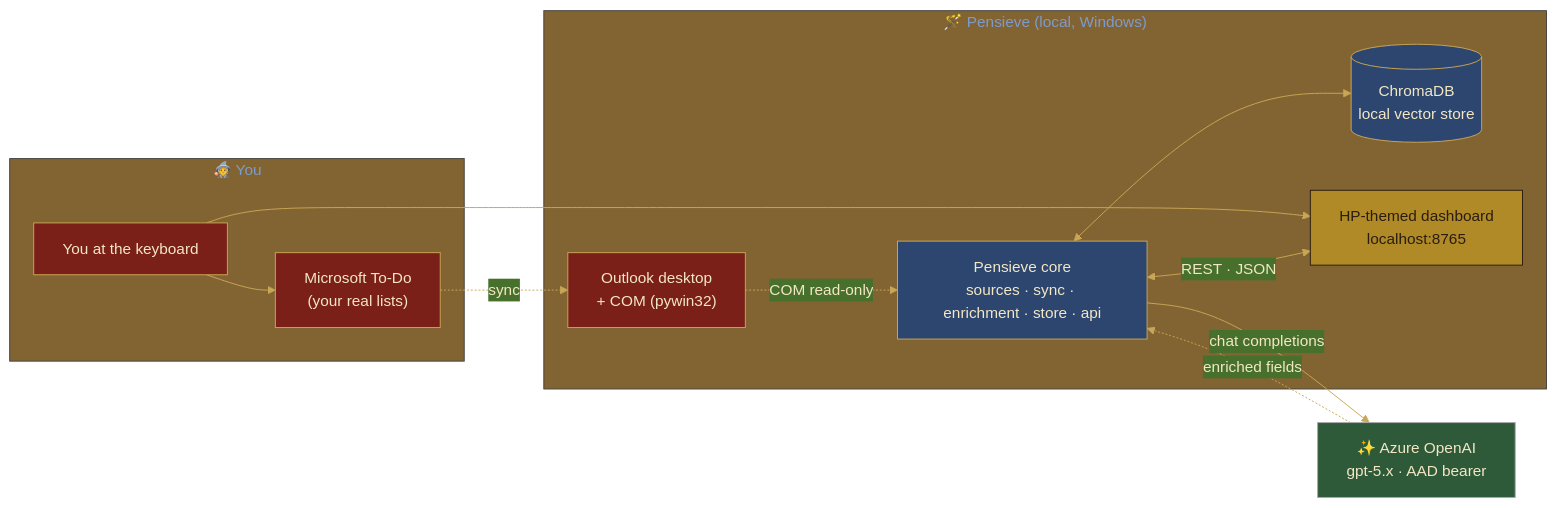
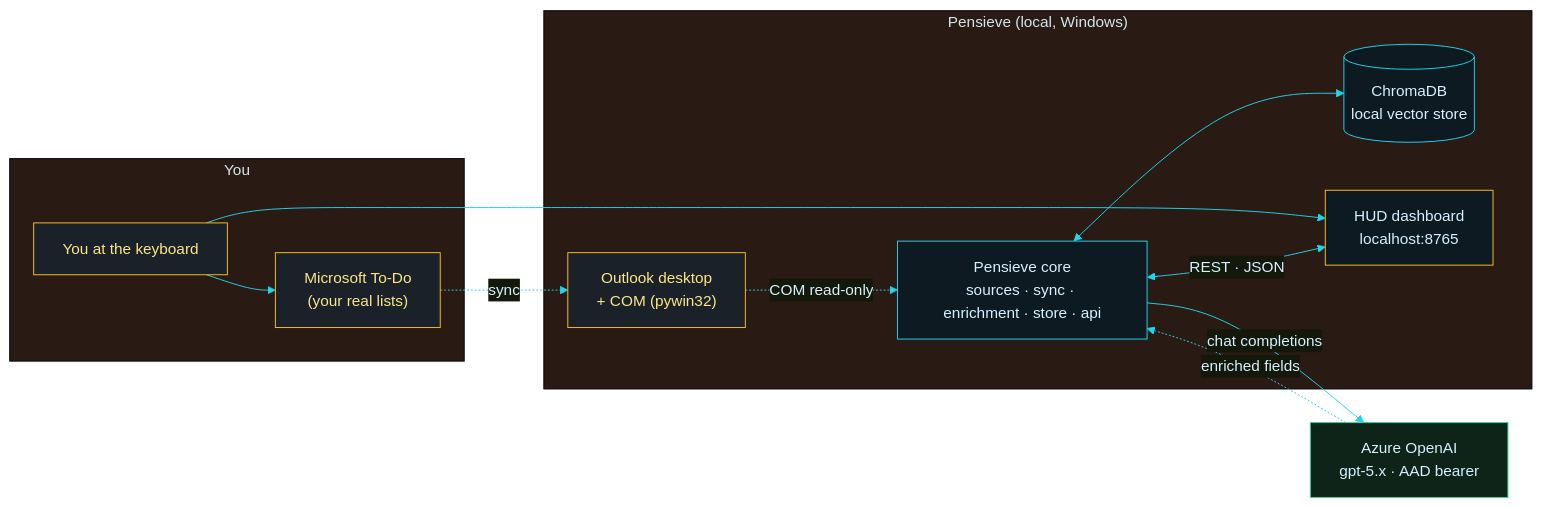
Before and after one commit to andy-herman/pensieve: the first of 3 diagrams in README.md, drawn with Mermaid. The commit also changed other lines of this file and 4 other files, not shown here.

````diff
--- a/README.md
+++ b/README.md
@@ -209,33 +209,33 @@
 ```mermaid
-%%{init: {'theme':'base','themeVariables':{'primaryColor':'#2c4670','primaryTextColor':'#f3e7c4','primaryBorderColor':'#c9a655','lineColor':'#c9a655','fontFamily':'Cinzel, Georgia, serif'}}}%%
+%%{init: {'theme':'base','themeVariables':{'primaryColor':'#0b1418','primaryTextColor':'#d6f1ff','primaryBorderColor':'#22d3ee','lineColor':'#22d3ee','fontFamily':'Rajdhani, Share Tech Mono, monospace'}}}%%
 flowchart LR
-    subgraph YOU["🧙 You"]
+    subgraph YOU["You"]
         ANDY["You at the keyboard"]
         TODO["Microsoft To-Do<br/>(your real lists)"]
     end
-    subgraph PENS["🪄 Pensieve (local, Windows)"]
+    subgraph PENS["Pensieve (local, Windows)"]
         OUTLOOK["Outlook desktop<br/>+ COM (pywin32)"]
         CORE["Pensieve core<br/>sources · sync · enrichment · store · api"]
         CHROMA[("ChromaDB<br/>local vector store")]
-        DASH["HP-themed dashboard<br/>localhost:8765"]
+        DASH["HUD dashboard<br/>localhost:8765"]
     end
-    AOAI["✨ Azure OpenAI<br/>gpt-5.x · AAD bearer"]
+    AOAI["Azure OpenAI<br/>gpt-5.x · AAD bearer"]
 
     ANDY --> TODO
     ANDY --> DASH
     TODO -.->|"sync"| OUTLOOK
     OUTLOOK -.->|"COM read-only"| CORE
     CORE <--> CHROMA
     CORE <-->|"REST · JSON"| DASH
     CORE -->|"chat completions"| AOAI
     AOAI -.->|"enriched fields"| CORE
 
-    classDef gryffindor fill:#7a2018,stroke:#c9a655,color:#f3e7c4
-    classDef hufflepuff fill:#b08a26,stroke:#2a1d10,color:#2a1d10
-    classDef slytherin  fill:#2e5a3a,stroke:#a8a8a8,color:#f3e7c4
-    classDef ravenclaw  fill:#2c4670,stroke:#c9a655,color:#f3e7c4
-    class TODO,ANDY,OUTLOOK gryffindor
-    class CORE,CHROMA ravenclaw
-    class DASH hufflepuff
-    class AOAI slytherin
+    classDef userRole fill:#1a2128,stroke:#fbbf24,color:#fde68a
+    classDef coreRole fill:#0e1a22,stroke:#22d3ee,color:#d6f1ff
+    classDef dashRole fill:#0e1a22,stroke:#fbbf24,color:#d6f1ff
+    classDef llmRole  fill:#0e2418,stroke:#34d399,color:#d6f1ff
+    class TODO,ANDY,OUTLOOK userRole
+    class CORE,CHROMA coreRole
+    class DASH dashRole
+    class AOAI llmRole
 ```
````
